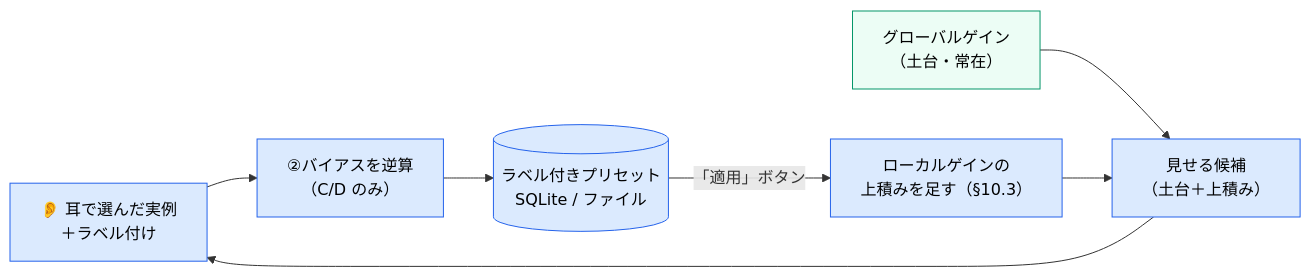
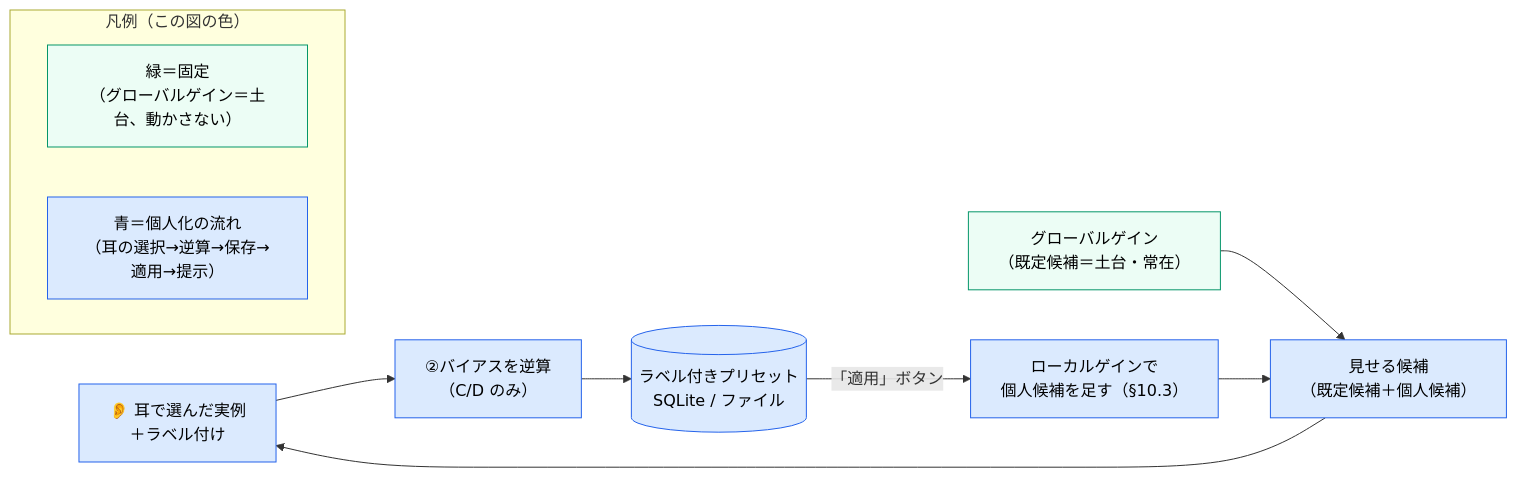
Before and after one commit to mgmaru/foley-forge-prototype: the fourth of 4 diagrams in docs/observation-and-evaluation-design.md, drawn with Mermaid. The commit also changed other lines of this file and 2 other files, not shown here.

````diff
--- a/docs/observation-and-evaluation-design.md
+++ b/docs/observation-and-evaluation-design.md
@@ -363,13 +363,20 @@
 ```mermaid
 flowchart LR
     EAR["👂 耳で選んだ実例<br/>＋ラベル付け"] --> DERIVE["②バイアスを逆算<br/>（C/D のみ）"]
     DERIVE --> PRESET[("ラベル付きプリセット<br/>SQLite / ファイル")]
-    PRESET -->|「適用」ボタン| LOCAL["ローカルゲインの<br/>上積みを足す（§10.3）"]
-    GLOBAL["グローバルゲイン<br/>（土台・常在）"] --> SLATE["見せる候補<br/>（土台＋上積み）"]
+    PRESET -->|「適用」ボタン| LOCAL["ローカルゲインで<br/>個人候補を足す（§10.3）"]
+    GLOBAL["グローバルゲイン<br/>（既定候補＝土台・常在）"] --> SLATE["見せる候補<br/>（既定候補＋個人候補）"]
     LOCAL --> SLATE
     SLATE --> EAR
+
+    subgraph Legend["凡例（この図の色）"]
+        direction LR
+        LG["緑＝固定<br/>（グローバルゲイン＝土台、動かさない）"]:::fix
+        LB["青＝個人化の流れ<br/>（耳の選択→逆算→保存→適用→提示）"]:::on
+    end
+
     classDef on fill:#dbeafe,stroke:#2563eb,color:#000
     classDef fix fill:#ecfdf5,stroke:#059669,color:#000
     class EAR,DERIVE,PRESET,LOCAL,SLATE on
     class GLOBAL fix
 ```
````
